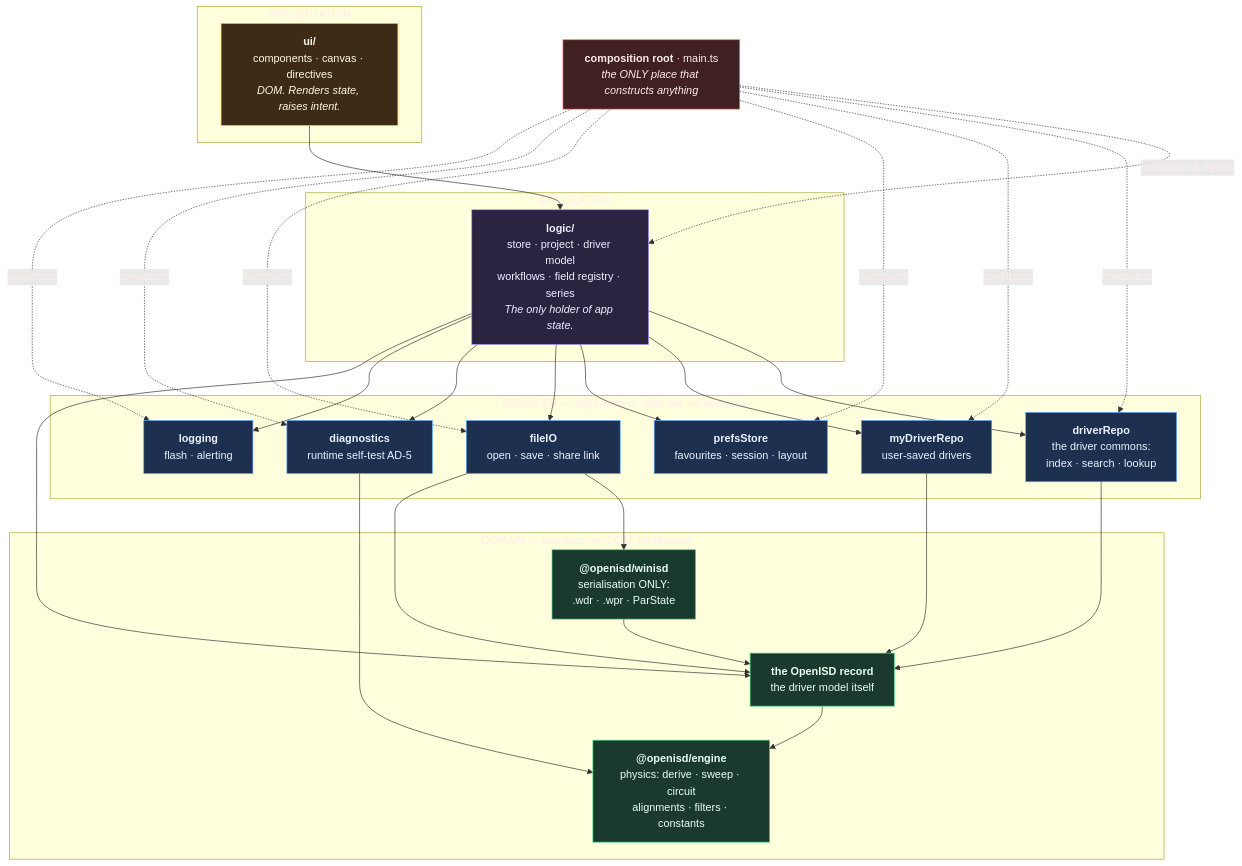
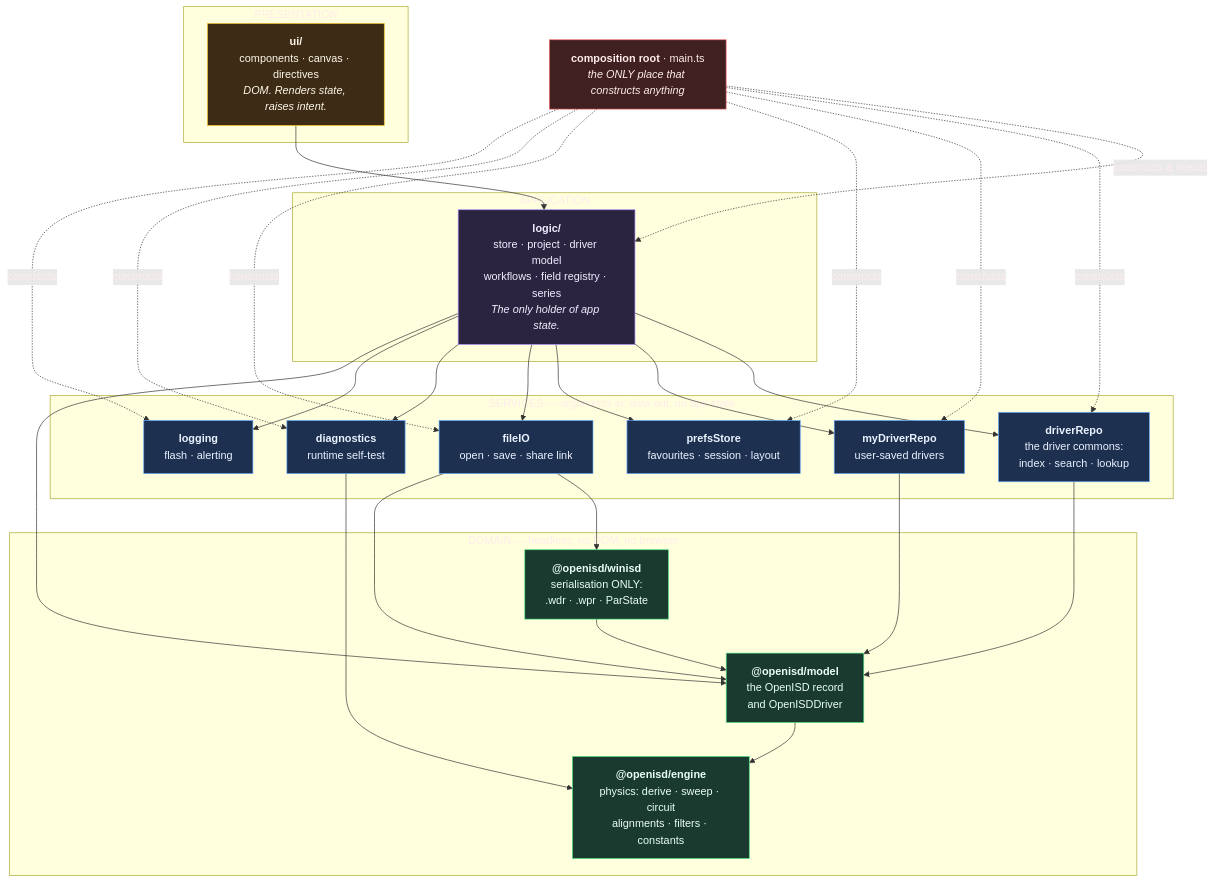
One commit to Johnlon/openisd changed the second of 3 diagrams in ARCHITECTURE.md. Above: the diagram before and after it, drawn with Mermaid. The commit also changed other lines of this file and 4 other files, not shown here.

First line of the commit message:
ARCHITECTURE.md is the specification, and the plan that reaches it

````diff
--- a/ARCHITECTURE.md
+++ b/ARCHITECTURE.md
@@ -71,62 +105,62 @@
 ```mermaid
 graph TD
     subgraph L1["PRESENTATION"]
         UI["<b>ui/</b><br/>components · canvas · directives<br/><i>DOM. Renders state, raises intent.</i>"]
     end
 
     subgraph L2["APPLICATION"]
         LOGIC["<b>logic/</b><br/>store · project · driver model<br/>workflows · field registry · series<br/><i>The only holder of app state.</i>"]
     end
 
     subgraph L3["SERVICES — arguments in, data out, no app state"]
         DRIVERREPO["<b>driverRepo</b><br/>the driver commons:<br/>index · search · lookup"]
         MYREPO["<b>myDriverRepo</b><br/>user-saved drivers"]
         PREFS["<b>prefsStore</b><br/>favourites · session · layout"]
         FILEIO["<b>fileIO</b><br/>open · save · share link"]
-        DIAG["<b>diagnostics</b><br/>runtime self-test AD-5"]
+        DIAG["<b>diagnostics</b><br/>runtime self-test"]
         LOGGING["<b>logging</b><br/>flash · alerting"]
     end
 
     subgraph L4["DOMAIN — headless, no DOM, no browser"]
-        MODEL["<b>the OpenISD record</b><br/>the driver model itself"]
+        MODEL["<b>@openisd/model</b><br/>the OpenISD record<br/>and OpenISDDriver"]
         ENGINE["<b>@openisd/engine</b><br/>physics: derive · sweep · circuit<br/>alignments · filters · constants"]
         SERIAL["<b>@openisd/winisd</b><br/>serialisation ONLY:<br/>.wdr · .wpr · ParState"]
     end
 
     ROOT["<b>composition root</b> · main.ts<br/><i>the ONLY place that constructs anything</i>"]
 
     ROOT -.constructs & injects.-> LOGIC
     ROOT -.constructs.-> DRIVERREPO
     ROOT -.constructs.-> MYREPO
     ROOT -.constructs.-> PREFS
     ROOT -.constructs.-> FILEIO
     ROOT -.constructs.-> DIAG
     ROOT -.constructs.-> LOGGING
 
     UI --> LOGIC
     LOGIC --> DRIVERREPO
     LOGIC --> MYREPO
     LOGIC --> PREFS
     LOGIC --> FILEIO
     LOGIC --> DIAG
     LOGIC --> LOGGING
     LOGIC --> MODEL
     DRIVERREPO --> MODEL
     MYREPO --> MODEL
     FILEIO --> SERIAL
     FILEIO --> MODEL
     DIAG --> ENGINE
     MODEL --> ENGINE
     SERIAL --> MODEL
 
     classDef pres fill:#3d2b16,stroke:#fbbf24,color:#fff8e8
     classDef app fill:#2a2440,stroke:#a78bfa,color:#f2ecff
     classDef svc fill:#1e3050,stroke:#60a5fa,color:#eaf2ff
     classDef dom fill:#1b3a2f,stroke:#4ade80,color:#e8fff4
     classDef root fill:#402020,stroke:#f87171,color:#ffecec
     class UI pres
     class LOGIC app
     class DRIVERREPO,MYREPO,PREFS,FILEIO,DIAG,LOGGING svc
     class MODEL,ENGINE,SERIAL dom
     class ROOT root
 ```
````
